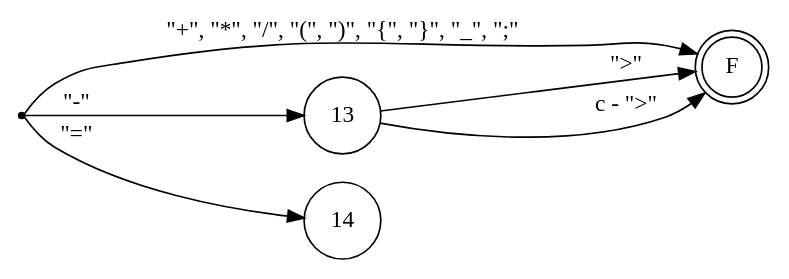
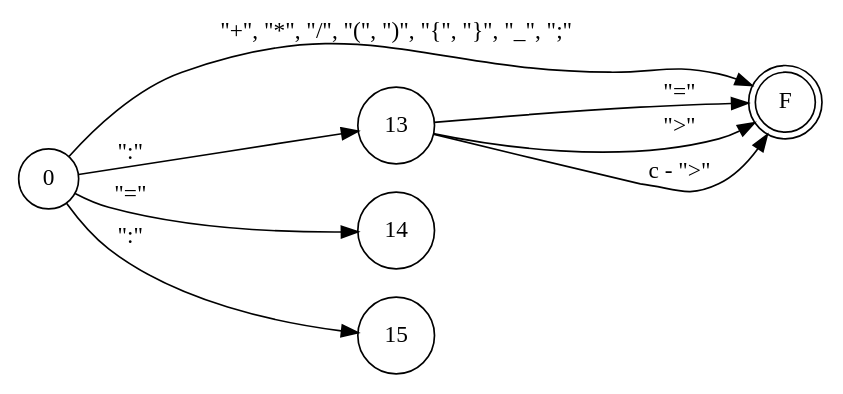
Before and after one commit to iroumec/RouVel-Compiler: the diagram in resources/FA/FADiagrams/operators.dot, drawn with Graphviz. The commit also changed 6 other files, not shown here.

```diff
--- a/resources/FA/FADiagrams/operators.dot
+++ b/resources/FA/FADiagrams/operators.dot
@@ -1,18 +1,17 @@
 digraph DFA {
     rankdir = LR;
     // layout de izquierda a derecha
     
     node [shape = circle;];
     
     // Estado de aceptación.
     F [shape = doublecircle;];
     
-    start [shape = point;];
-    // pseudo-nodo para inicio
-    
-    start -> 13 [label = "\"-\"";];
+    0 -> 13 [label = "\":\"";];
+    13 -> F [label = "\"=\"";];
     13 -> F [label = "\">\"";];
     13 -> F [label = "c - \">\"";];
-    start -> 14 [label = "\"=\"";];
-    start -> F [label = "\"+\", \"*\", \"/\", \"(\", \")\", \"{\", \"}\", \"_\", \";\"";];
+    0 -> 14 [label = "\"=\"";];
+    0 -> F [label = "\"+\", \"*\", \"/\", \"(\", \")\", \"{\", \"}\", \"_\", \";\"";];
+    0 -> 15 [label = "\":\"";];
 }
```
